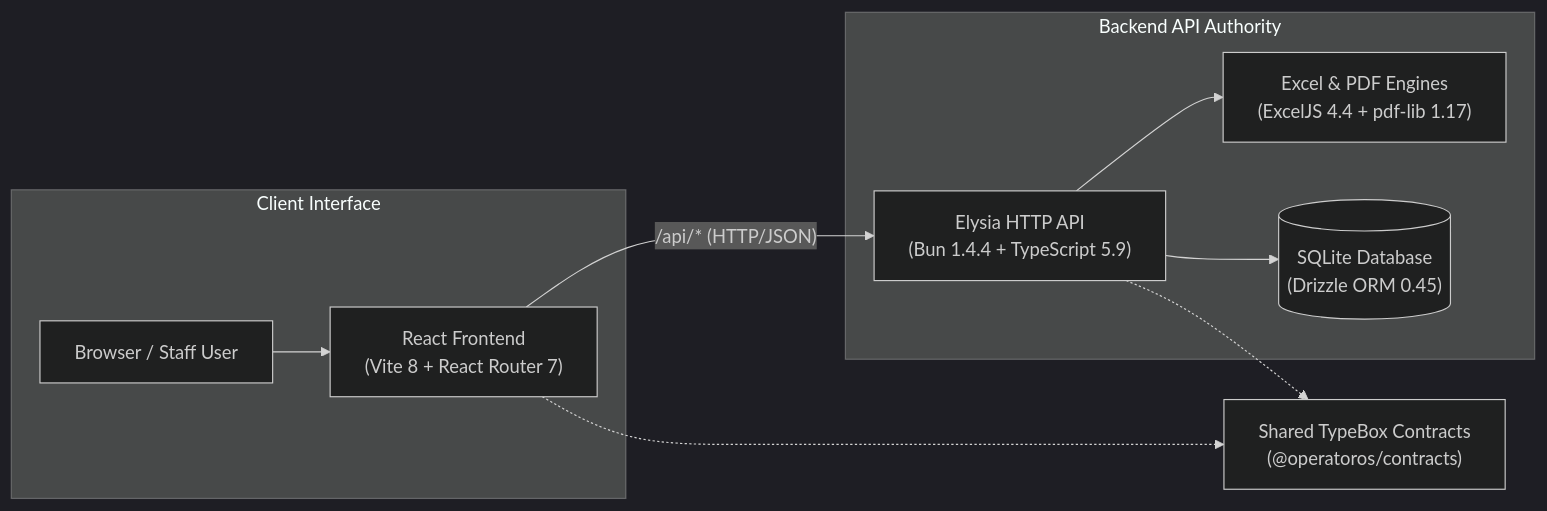
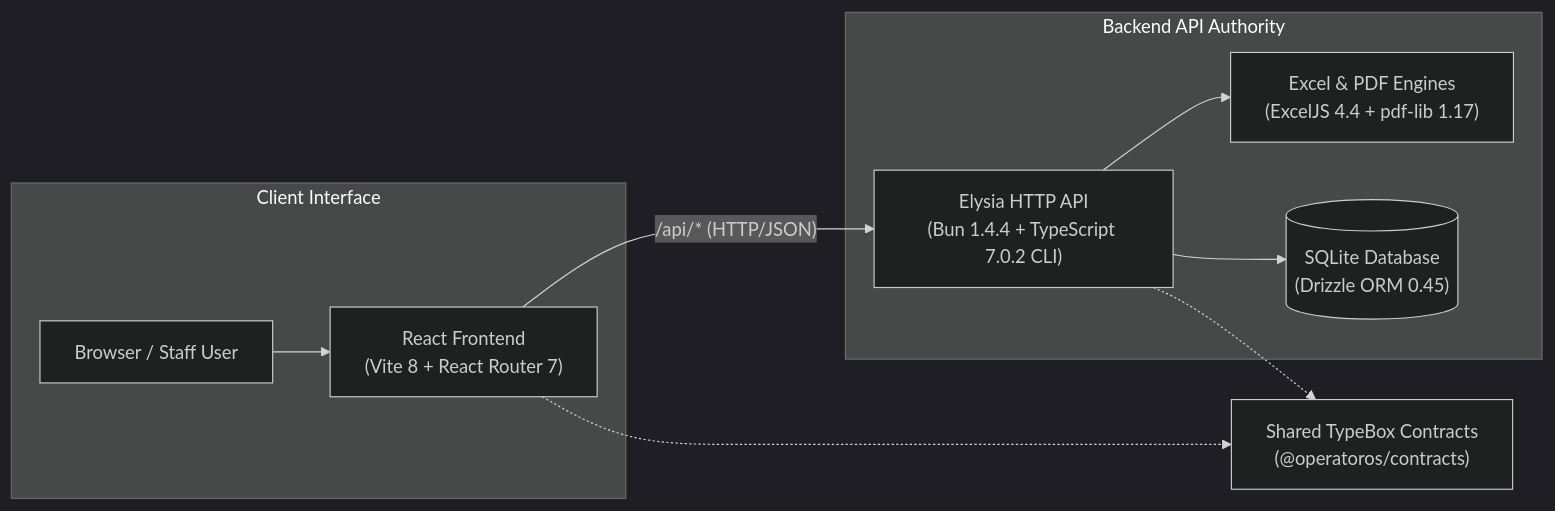
The first of 3 diagrams in README.md (daoistmadness/operatoros), drawn with Mermaid (dark theme) before and after one commit. The commit also changed other lines of this file and 8 other files, not shown here.

Commit message:
docs(toolchain): reconcile Bun and TypeScript versions

````diff
--- a/README.md
+++ b/README.md
@@ -40,22 +40,22 @@
 ```mermaid
 flowchart LR
   subgraph Client ["Client Interface"]
     Browser["Browser / Staff User"]
     FE["React Frontend<br/>(Vite 8 + React Router 7)"]
   end
 
   subgraph Server ["Backend API Authority"]
-    API["Elysia HTTP API<br/>(Bun 1.4.4 + TypeScript 5.9)"]
+    API["Elysia HTTP API<br/>(Bun 1.4.4 + TypeScript 7.0.2 CLI)"]
     Excel["Excel & PDF Engines<br/>(ExcelJS 4.4 + pdf-lib 1.17)"]
     DB[("SQLite Database<br/>(Drizzle ORM 0.45)")]
   end
 
   Contracts["Shared TypeBox Contracts<br/>(@operatoros/contracts)"]
 
   Browser --> FE
   FE -->|"/api/* (HTTP/JSON)"| API
   API --> DB
   API --> Excel
   FE -.-> Contracts
   API -.-> Contracts
 ```
````
